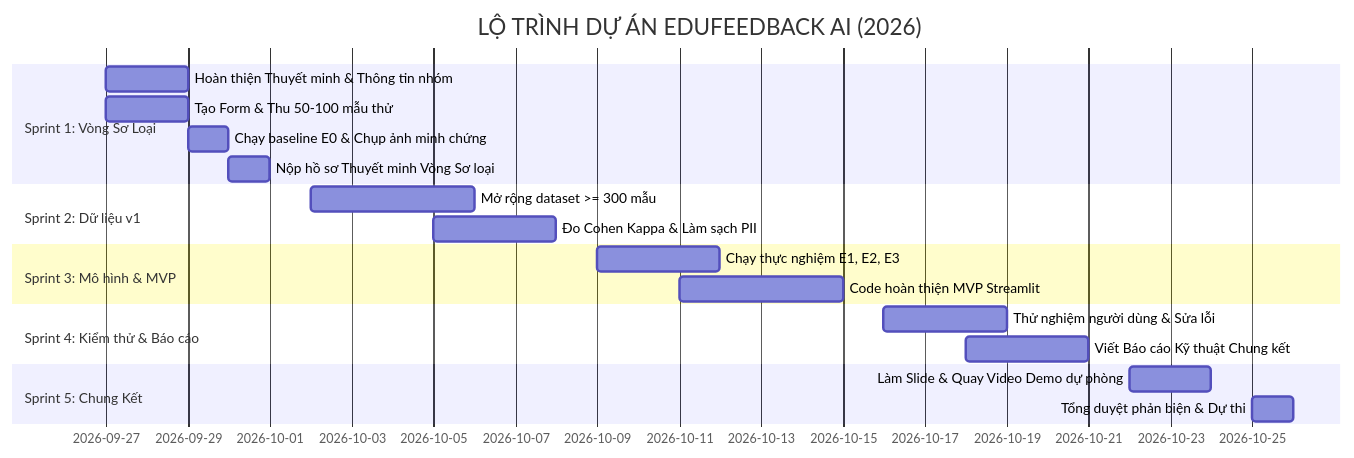
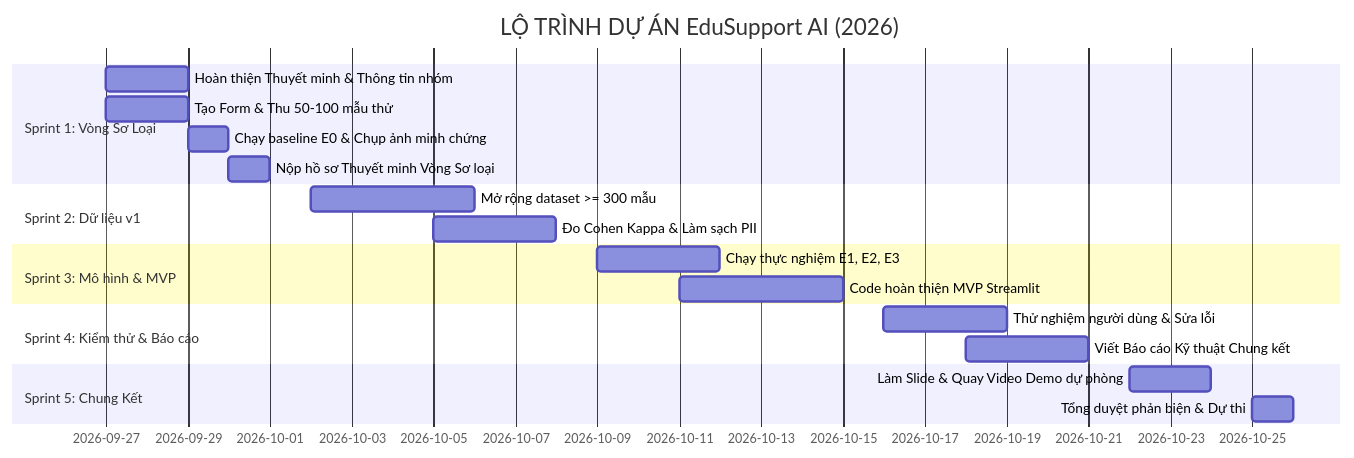
One commit to teedeetee13/centric_data_ai_nhom67 changed the second of 2 diagrams in PHAN_TICH_VA_KE_HOACH_THUC_HIEN.md. Above: the diagram before and after it, drawn with Mermaid. The commit also changed other lines of this file and 3 other files, not shown here.

````diff
--- a/PHAN_TICH_VA_KE_HOACH_THUC_HIEN.md
+++ b/PHAN_TICH_VA_KE_HOACH_THUC_HIEN.md
@@ -175,22 +175,22 @@
 ```mermaid
 gantt
-    title LỘ TRÌNH DỰ ÁN EDUFEEDBACK AI (2026)
+    title LỘ TRÌNH DỰ ÁN EduSupport AI (2026)
     dateFormat  YYYY-MM-DD
     section Sprint 1: Vòng Sơ Loại
     Hoàn thiện Thuyết minh & Thông tin nhóm :2026-09-27, 2026-09-29
     Tạo Form & Thu 50-100 mẫu thử           :2026-09-27, 2026-09-29
     Chạy baseline E0 & Chụp ảnh minh chứng  :2026-09-29, 2026-09-30
     Nộp hồ sơ Thuyết minh Vòng Sơ loại      :2026-09-30, 2026-10-01
     section Sprint 2: Dữ liệu v1
     Mở rộng dataset >= 300 mẫu              :2026-10-02, 2026-10-06
     Đo Cohen Kappa & Làm sạch PII           :2026-10-05, 2026-10-08
     section Sprint 3: Mô hình & MVP
     Chạy thực nghiệm E1, E2, E3             :2026-10-09, 2026-10-12
     Code hoàn thiện MVP Streamlit           :2026-10-11, 2026-10-15
     section Sprint 4: Kiểm thử & Báo cáo
     Thử nghiệm người dùng & Sửa lỗi         :2026-10-16, 2026-10-19
     Viết Báo cáo Kỹ thuật Chung kết         :2026-10-18, 2026-10-21
     section Sprint 5: Chung Kết
     Làm Slide & Quay Video Demo dự phòng    :2026-10-22, 2026-10-24
     Tổng duyệt phản biện & Dự thi           :2026-10-25, 2026-10-26
 ```
````
